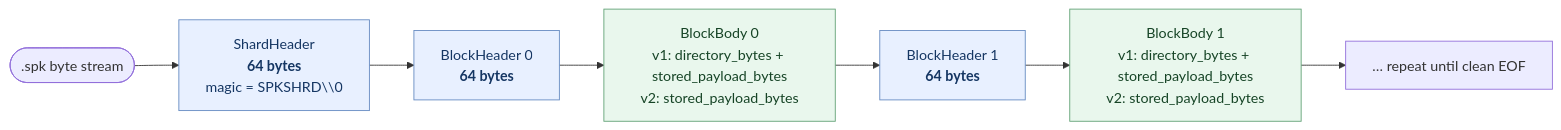
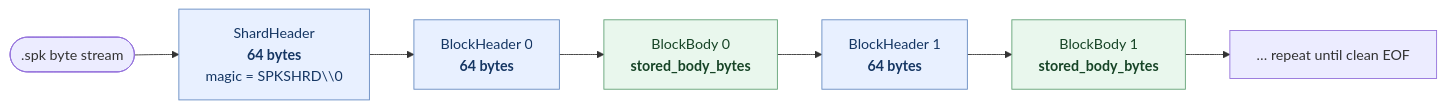
One commit to SunDoge/shardpack changed the first of 4 diagrams in docs/spk-parsing.md. Above: the diagram before and after it, drawn with Mermaid. The commit also changed other lines of this file and 32 other files, not shown here.

````diff
--- a/docs/spk-parsing.md
+++ b/docs/spk-parsing.md
@@ -9,17 +9,17 @@
 ```mermaid
 flowchart LR
     file([".spk byte stream"])
     shard["ShardHeader<br/><b>64 bytes</b><br/>magic = SPKSHRD\\0"]
     bh1["BlockHeader 0<br/><b>64 bytes</b>"]
-    body1["BlockBody 0<br/>v1: directory_bytes + stored_payload_bytes<br/>v2: stored_payload_bytes"]
+    body1["BlockBody 0<br/><b>stored_body_bytes</b>"]
     bh2["BlockHeader 1<br/><b>64 bytes</b>"]
-    body2["BlockBody 1<br/>v1: directory_bytes + stored_payload_bytes<br/>v2: stored_payload_bytes"]
+    body2["BlockBody 1<br/><b>stored_body_bytes</b>"]
     more["… repeat until clean EOF"]
 
     file --> shard --> bh1 --> body1 --> bh2 --> body2 --> more
 
     classDef fixed fill:#e8f0ff,color:#153663,stroke:#668bc2;
     classDef variable fill:#e9f7ed,color:#164426,stroke:#62a276;
     class shard,bh1,bh2 fixed;
     class body1,body2 variable;
 ```
````
